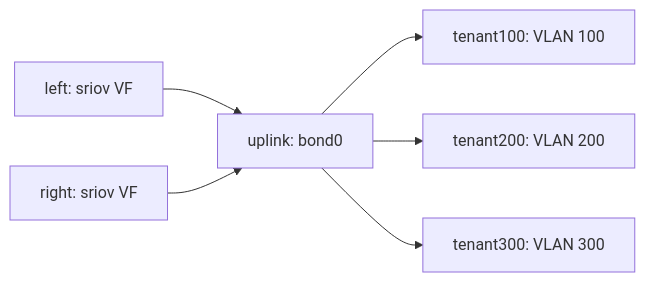
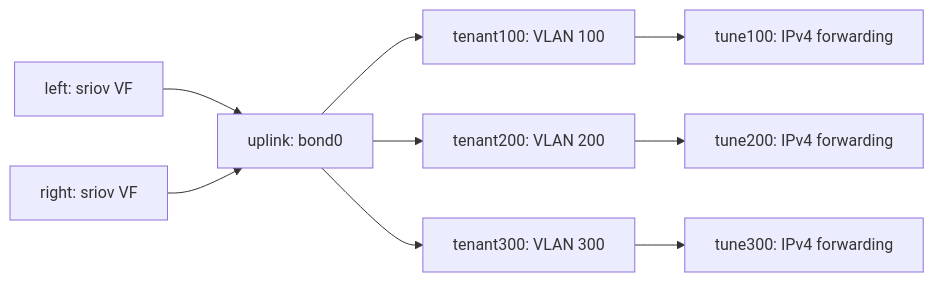
The diagram in docs/admin/topologies.md (SchSeba/dra-multi-network), drawn with Mermaid before and after one commit. The commit also changed other lines of this file and 70 other files, not shown here.

````diff
--- a/docs/admin/topologies.md
+++ b/docs/admin/topologies.md
@@ -18,8 +18,11 @@
 ```mermaid
 flowchart LR
   A[left: sriov VF] --> B[uplink: bond0]
   C[right: sriov VF] --> B
   B --> D[tenant100: VLAN 100]
   B --> E[tenant200: VLAN 200]
   B --> F[tenant300: VLAN 300]
+  D --> G[tune100: IPv4 forwarding]
+  E --> H[tune200: IPv4 forwarding]
+  F --> I[tune300: IPv4 forwarding]
 ```
````
